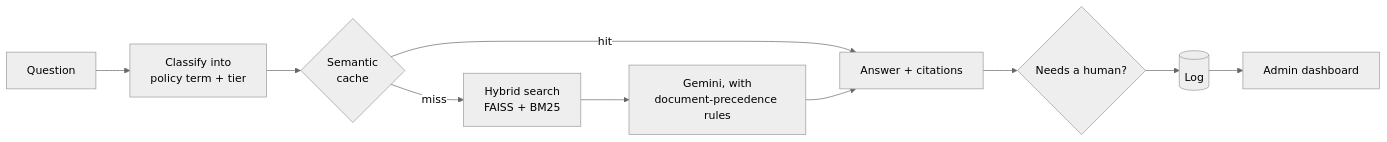
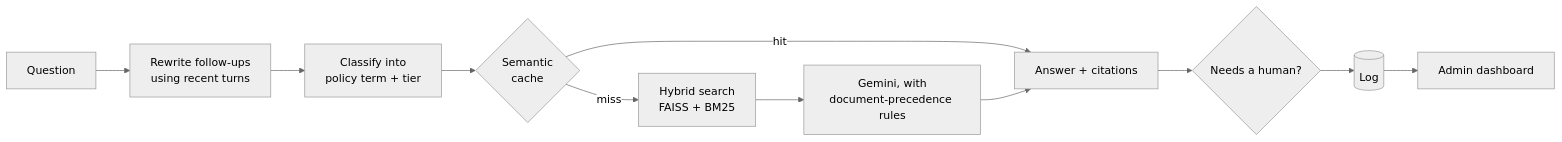
Before and after one commit to NangKhinMyat1LayPhyu/insurance-policy-qa: the diagram in README.md, drawn with Mermaid (neutral theme). The commit also changed other lines of this file and 7 other files, not shown here.

````diff
--- a/README.md
+++ b/README.md
@@ -21,11 +21,12 @@
 ```mermaid
 flowchart LR
-    Q[Question] --> C[Classify into<br/>policy term + tier]
+    Q[Question] --> M[Rewrite follow-ups<br/>using recent turns]
+    M --> C[Classify into<br/>policy term + tier]
     C --> K{Semantic<br/>cache}
     K -- hit --> A[Answer + citations]
     K -- miss --> R[Hybrid search<br/>FAISS + BM25]
     R --> G[Gemini, with<br/>document-precedence rules]
     G --> A
     A --> F{Needs a human?}
     F --> D[(Log)] --> B[Admin dashboard]
 ```
````
